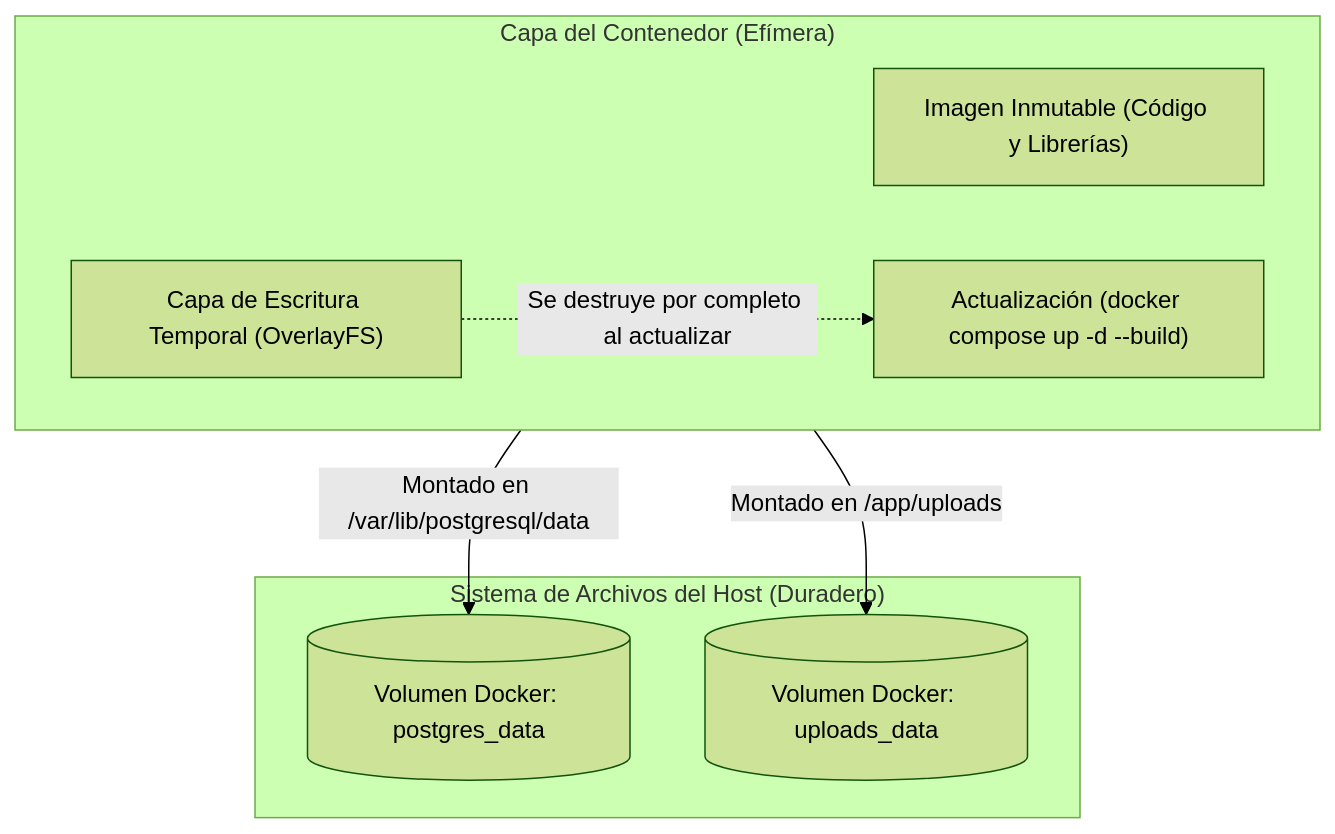
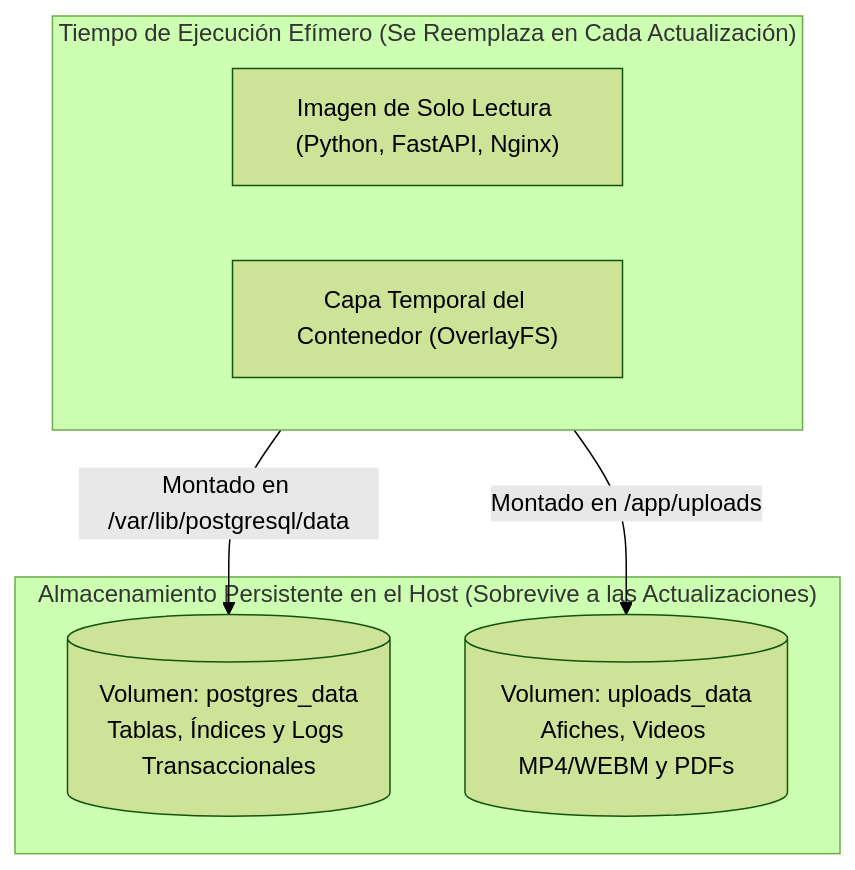
Before and after one commit to Pascal-Thommen/pascal-thommen.github.io: the third of 3 diagrams in content/posts/upa-campus-app-architecture-part-2/index.es.md, drawn with Mermaid (forest theme). The commit also changed other lines of this file and 25 other files, not shown here.

````diff
--- a/content/posts/upa-campus-app-architecture-part-2/index.es.md
+++ b/content/posts/upa-campus-app-architecture-part-2/index.es.md
@@ -240,15 +183,13 @@
 ```mermaid
 flowchart TD
-    subgraph ContainerLifecycle["Capa del Contenedor (Efímera)"]
-        AppCode["Imagen Inmutable (Código y Librerías)"]
-        TempFS["Capa de Escritura Temporal (OverlayFS)"]
-        KillAction["Actualización (docker compose up -d --build)"]
-        TempFS -.->|Se destruye por completo al actualizar| KillAction
+    subgraph Efimero["Tiempo de Ejecución Efímero (Se Reemplaza en Cada Actualización)"]
+        Code["Imagen de Solo Lectura (Python, FastAPI, Nginx)"]
+        Overlay["Capa Temporal del Contenedor (OverlayFS)"]
     end
-    subgraph HostStorage["Sistema de Archivos del Host (Duradero)"]
-        PGVolume[("Volumen Docker: postgres_data")]
-        UploadVolume[("Volumen Docker: uploads_data")]
+    subgraph Persistente["Almacenamiento Persistente en el Host (Sobrevive a las Actualizaciones)"]
+        VolDB[("Volumen: postgres_data\nTablas, Índices y Logs Transaccionales")]
+        VolMedia[("Volumen: uploads_data\nAfiches, Videos MP4/WEBM y PDFs")]
     end
-    ContainerLifecycle -->|Montado en /var/lib/postgresql/data| PGVolume
-    ContainerLifecycle -->|Montado en /app/uploads| UploadVolume
+    Efimero -->|Montado en /var/lib/postgresql/data| VolDB
+    Efimero -->|Montado en /app/uploads| VolMedia
 ```
````
